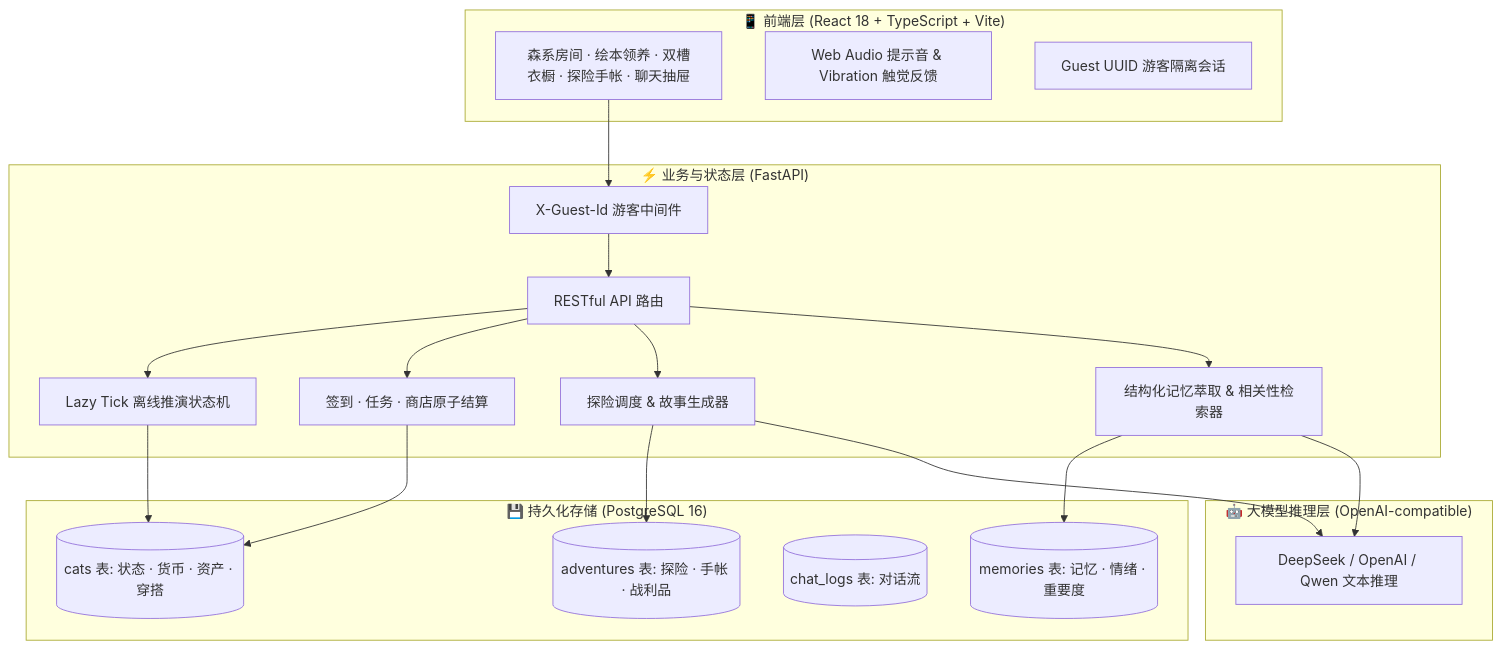
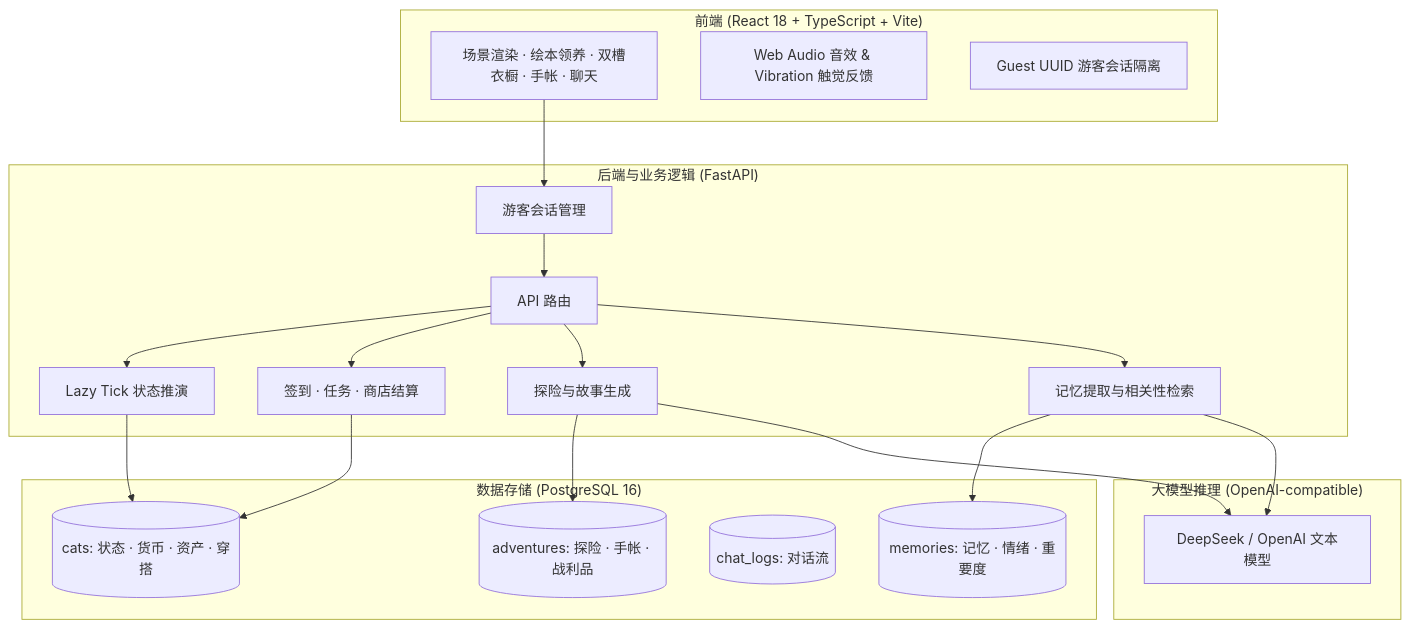
Before and after one commit to Sinera-kiki/meowlog-ai-companion: the second of 2 diagrams in README.md, drawn with Mermaid. The commit also changed other lines of this file, not shown here.

````diff
--- a/README.md
+++ b/README.md
@@ -112,37 +111,37 @@
 ```mermaid
 flowchart TB
-    subgraph Client["📱 前端层 (React 18 + TypeScript + Vite)"]
-        UI[森系房间 · 绘本领养 · 双槽衣橱 · 探险手帐 · 聊天抽屉]
-        Sensory[Web Audio 提示音 & Vibration 触觉反馈]
-        Guest[Guest UUID 游客隔离会话]
+    subgraph Client["前端 (React 18 + TypeScript + Vite)"]
+        UI[场景渲染 · 绘本领养 · 双槽衣橱 · 手帐 · 聊天]
+        Sensory[Web Audio 音效 & Vibration 触觉反馈]
+        Guest[Guest UUID 游客会话隔离]
     end
 
-    subgraph Server["⚡ 业务与状态层 (FastAPI)"]
-        Router[RESTful API 路由]
-        Auth[X-Guest-Id 游客中间件]
-        StateEngine[Lazy Tick 离线推演状态机]
-        QuestEngine[签到 · 任务 · 商店原子结算]
-        AdventureEngine[探险调度 & 故事生成器]
-        MemoryEngine[结构化记忆萃取 & 相关性检索器]
+    subgraph Server["后端与业务逻辑 (FastAPI)"]
+        Router[API 路由]
+        Auth[游客会话管理]
+        StateEngine[Lazy Tick 状态推演]
+        QuestEngine[签到 · 任务 · 商店结算]
+        AdventureEngine[探险与故事生成]
+        MemoryEngine[记忆提取与相关性检索]
     end
 
-    subgraph Storage["💾 持久化存储 (PostgreSQL 16)"]
-        CatsTable[(cats 表: 状态 · 货币 · 资产 · 穿搭)]
-        MemsTable[(memories 表: 记忆 · 情绪 · 重要度)]
-        LogsTable[(chat_logs 表: 对话流)]
-        AdvTable[(adventures 表: 探险 · 手帐 · 战利品)]
+    subgraph Storage["数据存储 (PostgreSQL 16)"]
+        CatsTable[(cats: 状态 · 货币 · 资产 · 穿搭)]
+        MemsTable[(memories: 记忆 · 情绪 · 重要度)]
+        LogsTable[(chat_logs: 对话流)]
+        AdvTable[(adventures: 探险 · 手帐 · 战利品)]
     end
 
-    subgraph LLM["🤖 大模型推理层 (OpenAI-compatible)"]
-        ChatModel[DeepSeek / OpenAI / Qwen 文本推理]
+    subgraph LLM["大模型推理 (OpenAI-compatible)"]
+        ChatModel[DeepSeek / OpenAI 文本模型]
     end
 
     UI --> Auth
     Auth --> Router
     Router --> StateEngine --> CatsTable
     Router --> QuestEngine --> CatsTable
     Router --> AdventureEngine --> AdvTable
     Router --> MemoryEngine --> MemsTable
     AdventureEngine --> ChatModel
     MemoryEngine --> ChatModel
 ```
````
